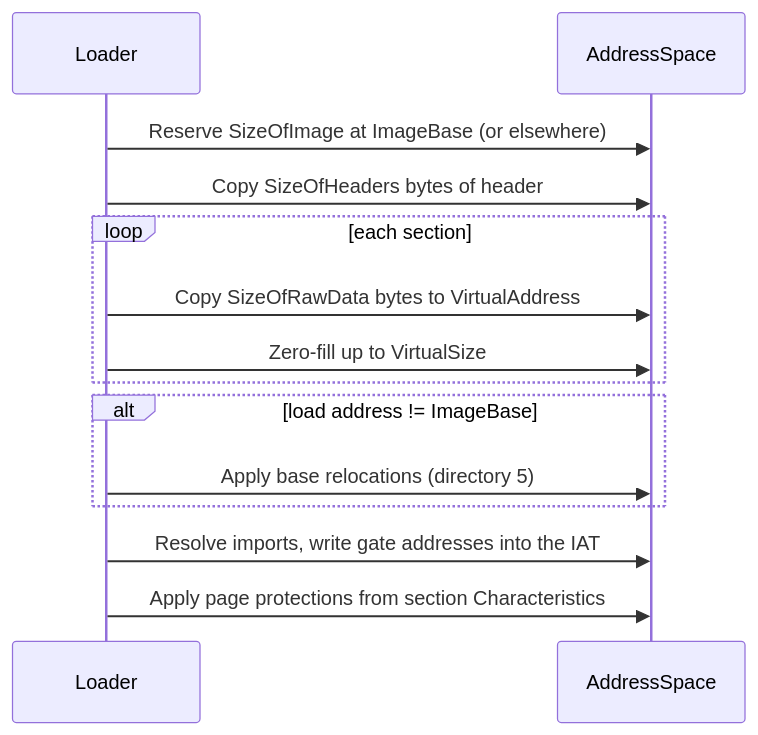
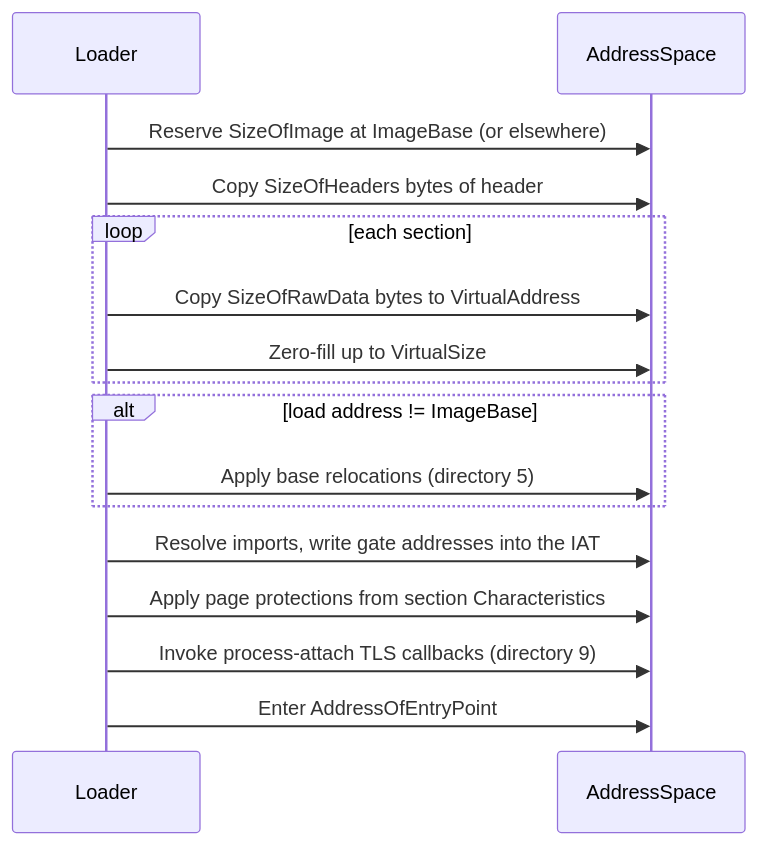
One commit to nworkers/re2DJ changed the second of 2 diagrams in docs/kb/pe32-executable-format.md. Above: the diagram before and after it, drawn with Mermaid. The commit also changed other lines of this file and 92 other files, not shown here.

````diff
--- a/docs/kb/pe32-executable-format.md
+++ b/docs/kb/pe32-executable-format.md
@@ -115,16 +115,18 @@
 ```mermaid
 sequenceDiagram
     participant L as Loader
     participant A as AddressSpace
     L->>A: Reserve SizeOfImage at ImageBase (or elsewhere)
     L->>A: Copy SizeOfHeaders bytes of header
     loop each section
         L->>A: Copy SizeOfRawData bytes to VirtualAddress
         L->>A: Zero-fill up to VirtualSize
     end
     alt load address != ImageBase
         L->>A: Apply base relocations (directory 5)
     end
     L->>A: Resolve imports, write gate addresses into the IAT
     L->>A: Apply page protections from section Characteristics
+    L->>A: Invoke process-attach TLS callbacks (directory 9)
+    L->>A: Enter AddressOfEntryPoint
 ```
````
